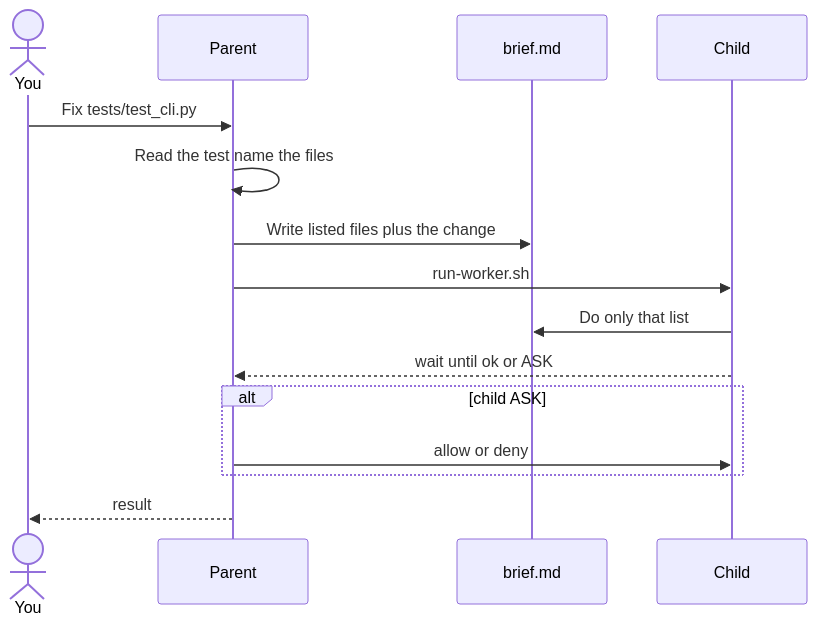
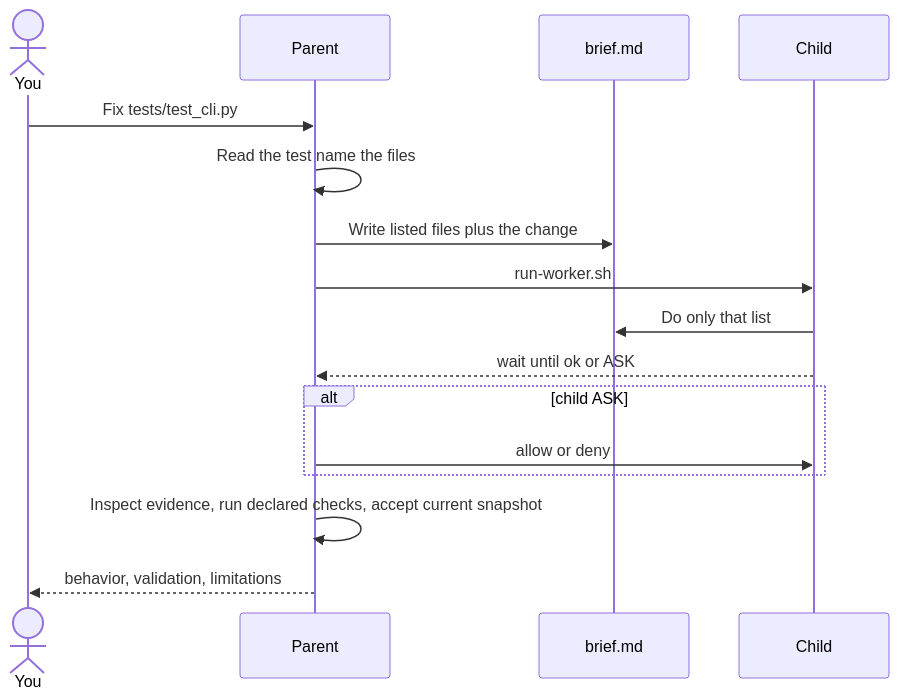
Before and after one commit to Brasth/Rig: the second of 3 diagrams in docs/usage.md, drawn with Mermaid. The commit also changed other lines of this file and 3 other files, not shown here.

````diff
--- a/docs/usage.md
+++ b/docs/usage.md
@@ -349,17 +315,18 @@
 ```mermaid
 sequenceDiagram
   actor You
   participant Parent
   participant Brief as brief.md
   participant Child
   You->>Parent: Fix tests/test_cli.py
   Parent->>Parent: Read the test name the files
   Parent->>Brief: Write listed files plus the change
   Parent->>Child: run-worker.sh
   Child->>Brief: Do only that list
   Child-->>Parent: wait until ok or ASK
   alt child ASK
     Parent->>Child: allow or deny
   end
-  Parent-->>You: result
+  Parent->>Parent: Inspect evidence, run declared checks, accept current snapshot
+  Parent-->>You: behavior, validation, limitations
 ```
````
